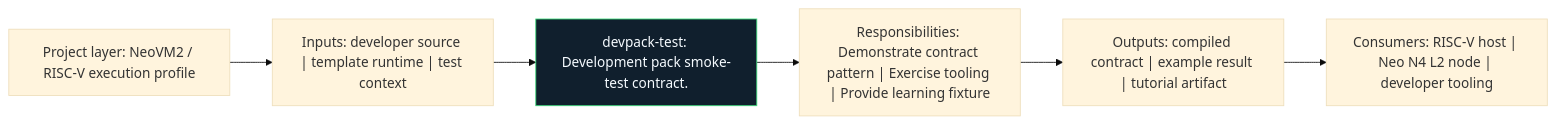
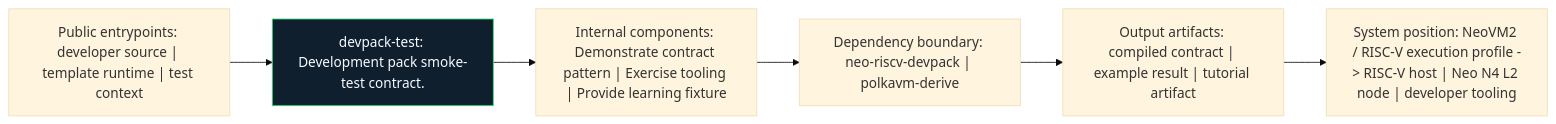
One commit to r3e-network/neo-riscv-vm changed the diagram in examples/devpack-test/docs/figures/architecture.mmd. Above: the diagram before and after it, drawn with Mermaid (base theme). The commit also changed 207 other files, not shown here.

Commit message:
Deepen crate visual learning guides

```diff
--- a/examples/devpack-test/docs/figures/architecture.mmd
+++ b/examples/devpack-test/docs/figures/architecture.mmd
@@ -1,14 +1,14 @@
 flowchart LR
-    N1["Project layer: NeoVM2 / RISC-V execution profile"]
-    N2["Inputs: developer source | template runtime | test context"]
-    N3["devpack-test: Development pack smoke-test contract."]
-    N4["Responsibilities: Demonstrate contract pattern | Exercise tooling | Provide learning fixture"]
-    N5["Outputs: compiled contract | example result | tutorial artifact"]
-    N6["Consumers: RISC-V host | Neo N4 L2 node | developer tooling"]
+    N1["Public entrypoints: developer source | template runtime | test context"]
+    N2["devpack-test: Development pack smoke-test contract."]
+    N3["Internal components: Demonstrate contract pattern | Exercise tooling | Provide learning fixture"]
+    N4["Dependency boundary: neo-riscv-devpack | polkavm-derive"]
+    N5["Output artifacts: compiled contract | example result | tutorial artifact"]
+    N6["System position: NeoVM2 / RISC-V execution profile -> RISC-V host | Neo N4 L2 node | developer tooling"]
     N1 --> N2
     N2 --> N3
     N3 --> N4
     N4 --> N5
     N5 --> N6
     classDef crate fill:#101f2d,stroke:#38d978,color:#f6fbff
-    class N3 crate
+    class N2 crate
```
